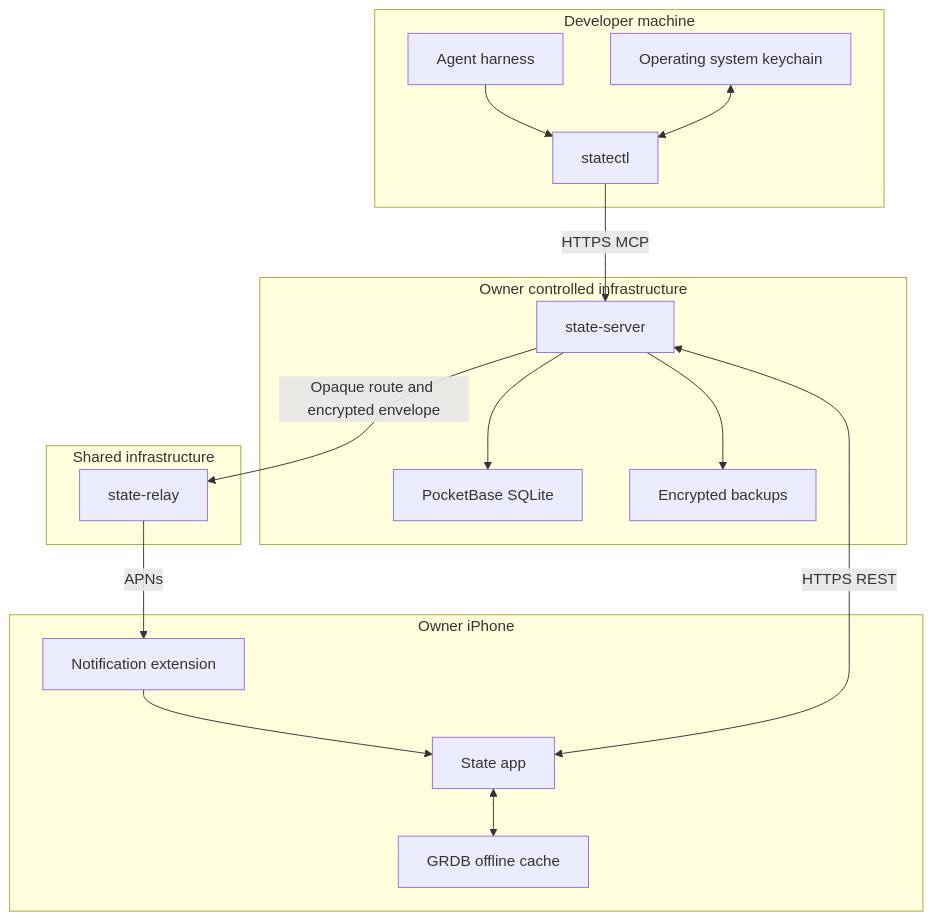
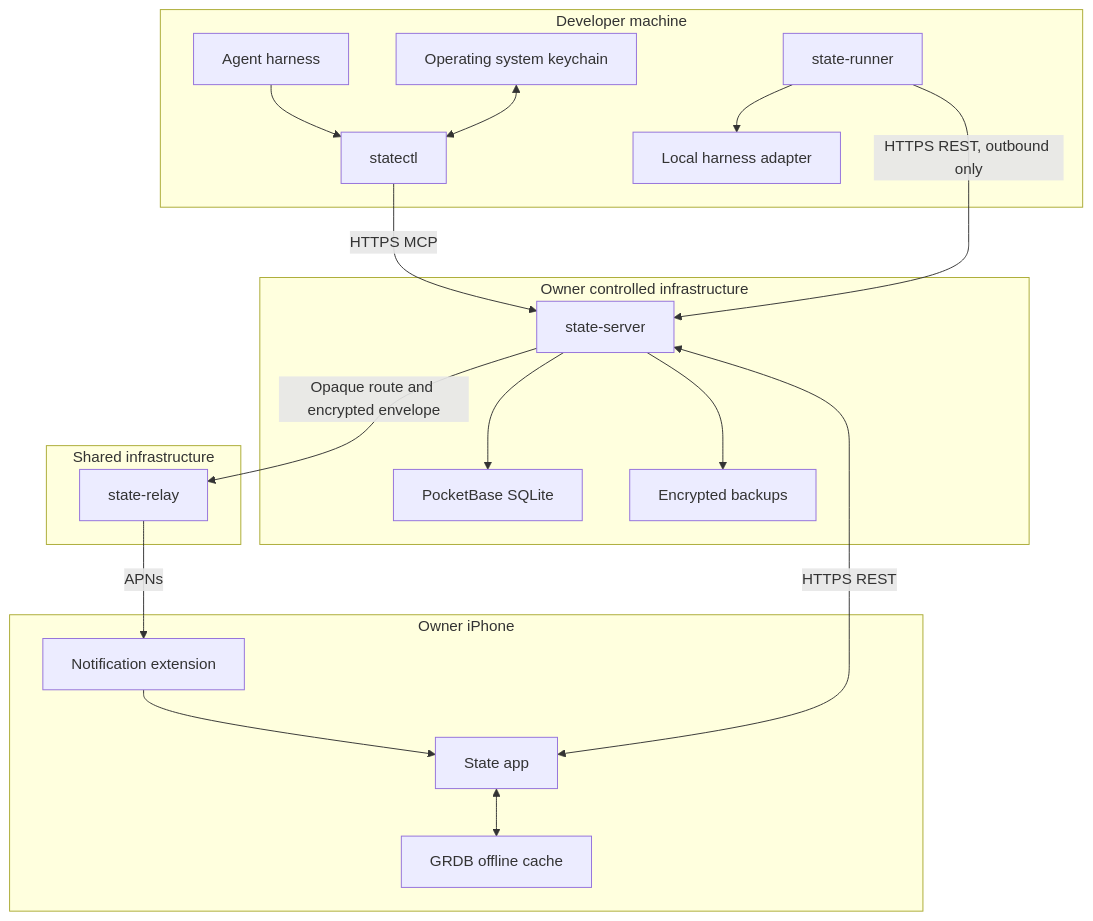
Before and after one commit to nicremo/state: the diagram in docs/architecture.md, drawn with Mermaid. The commit also changed other lines of this file and 84 other files, not shown here.

````diff
--- a/docs/architecture.md
+++ b/docs/architecture.md
@@ -5,22 +5,24 @@
 ```mermaid
 flowchart TB
     subgraph Machine["Developer machine"]
         H["Agent harness"] --> C["statectl"]
         K["Operating system keychain"] <--> C
+        W["state-runner"] --> X["Local harness adapter"]
     end
     subgraph Personal["Owner controlled infrastructure"]
         S["state-server"] --> D["PocketBase SQLite"]
         S --> B["Encrypted backups"]
     end
     subgraph Shared["Shared infrastructure"]
         R["state-relay"]
     end
     subgraph Phone["Owner iPhone"]
         A["State app"] <--> G["GRDB offline cache"]
         E["Notification extension"] --> A
     end
     C -->|"HTTPS MCP"| S
+    W -->|"HTTPS REST, outbound only"| S
     A <-->|"HTTPS REST"| S
     S -->|"Opaque route and encrypted envelope"| R
     R -->|"APNs"| E
 ```
````
